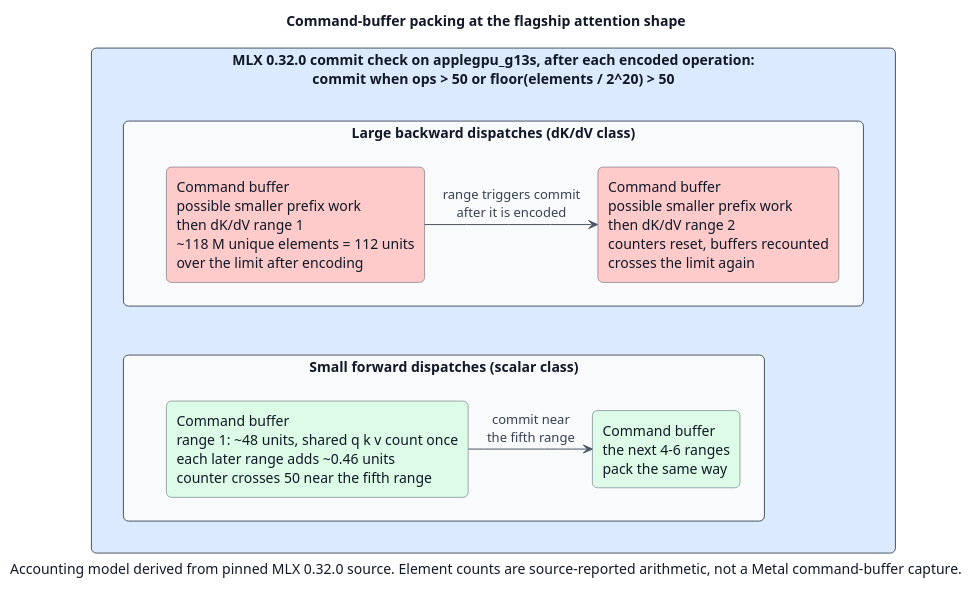
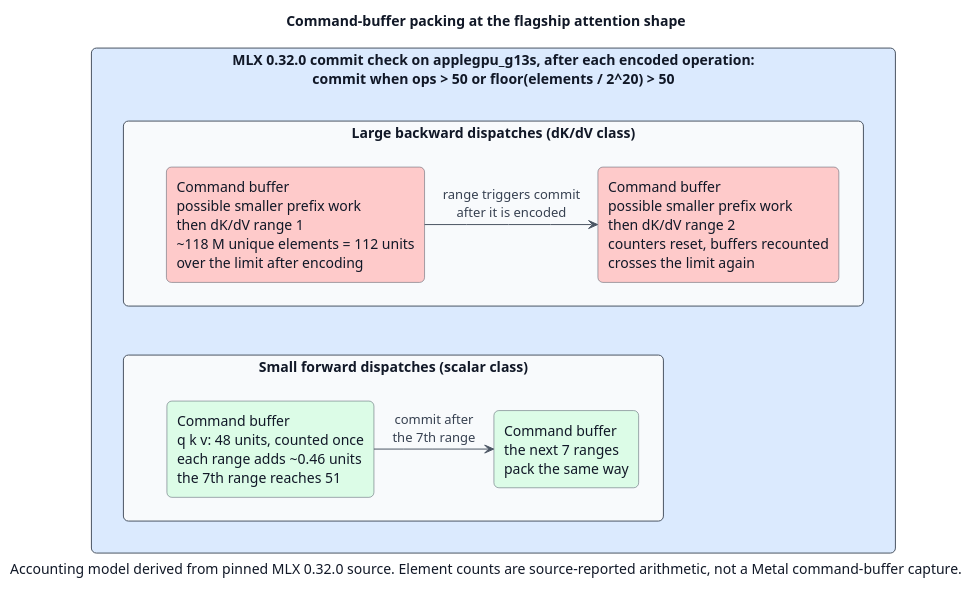
One commit to IonDen/mlx-train-perf changed the diagram in docs/papers/diagrams/command-buffer-packing-sequence.puml. Above: the diagram before and after it, drawn with PlantUML. The commit also changed 6 other files, not shown here.

```diff
--- a/docs/papers/diagrams/command-buffer-packing-sequence.puml
+++ b/docs/papers/diagrams/command-buffer-packing-sequence.puml
@@ -1,35 +1,35 @@
 @startuml
 title Command-buffer packing at the flagship attention shape
 
 skinparam backgroundColor #FFFFFF
 skinparam shadowing false
 skinparam roundCorner 10
 skinparam defaultFontName Helvetica
 skinparam defaultFontColor #111827
 skinparam ArrowColor #4B5563
 skinparam ArrowFontColor #374151
 skinparam rectangle {
   BorderColor #4B5563
   FontColor #111827
   BackgroundColor #F8FAFC
 }
 
 rectangle "MLX 0.32.0 commit check on applegpu_g13s, after each encoded operation:\ncommit when ops > 50 or floor(elements / 2^20) > 50" as rule #DBEAFE {
 
   rectangle "Large backward dispatches (dK/dV class)" as laneA {
     rectangle "Command buffer\npossible smaller prefix work\nthen dK/dV range 1\n~118 M unique elements = 112 units\nover the limit after encoding" as a1 #FECACA
     rectangle "Command buffer\npossible smaller prefix work\nthen dK/dV range 2\ncounters reset, buffers recounted\ncrosses the limit again" as a2 #FECACA
   }
 
   rectangle "Small forward dispatches (scalar class)" as laneB {
-    rectangle "Command buffer\nrange 1: ~48 units, shared q k v count once\neach later range adds ~0.46 units\ncounter crosses 50 near the fifth range" as b1 #DCFCE7
-    rectangle "Command buffer\nthe next 4-6 ranges\npack the same way" as b2 #DCFCE7
+    rectangle "Command buffer\nq k v: 48 units, counted once\neach range adds ~0.46 units\nthe 7th range reaches 51" as b1 #DCFCE7
+    rectangle "Command buffer\nthe next 7 ranges\npack the same way" as b2 #DCFCE7
   }
 }
 
 laneA -[hidden]down- laneB
 a1 -right-> a2 : range triggers commit\nafter it is encoded
-b1 -right-> b2 : commit near\nthe fifth range
+b1 -right-> b2 : commit after\nthe 7th range
 
 caption Accounting model derived from pinned MLX 0.32.0 source. Element counts are source-reported arithmetic, not a Metal command-buffer capture.
 @enduml
```
